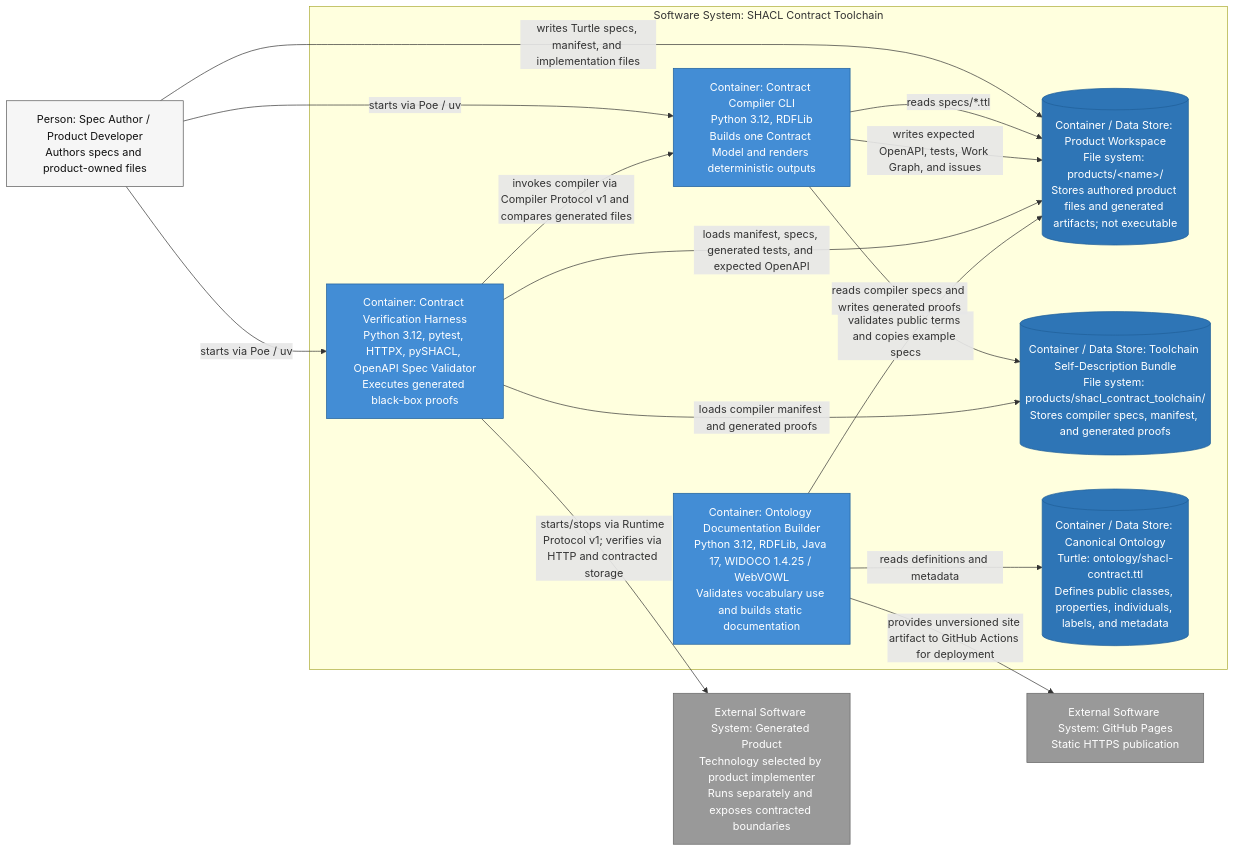
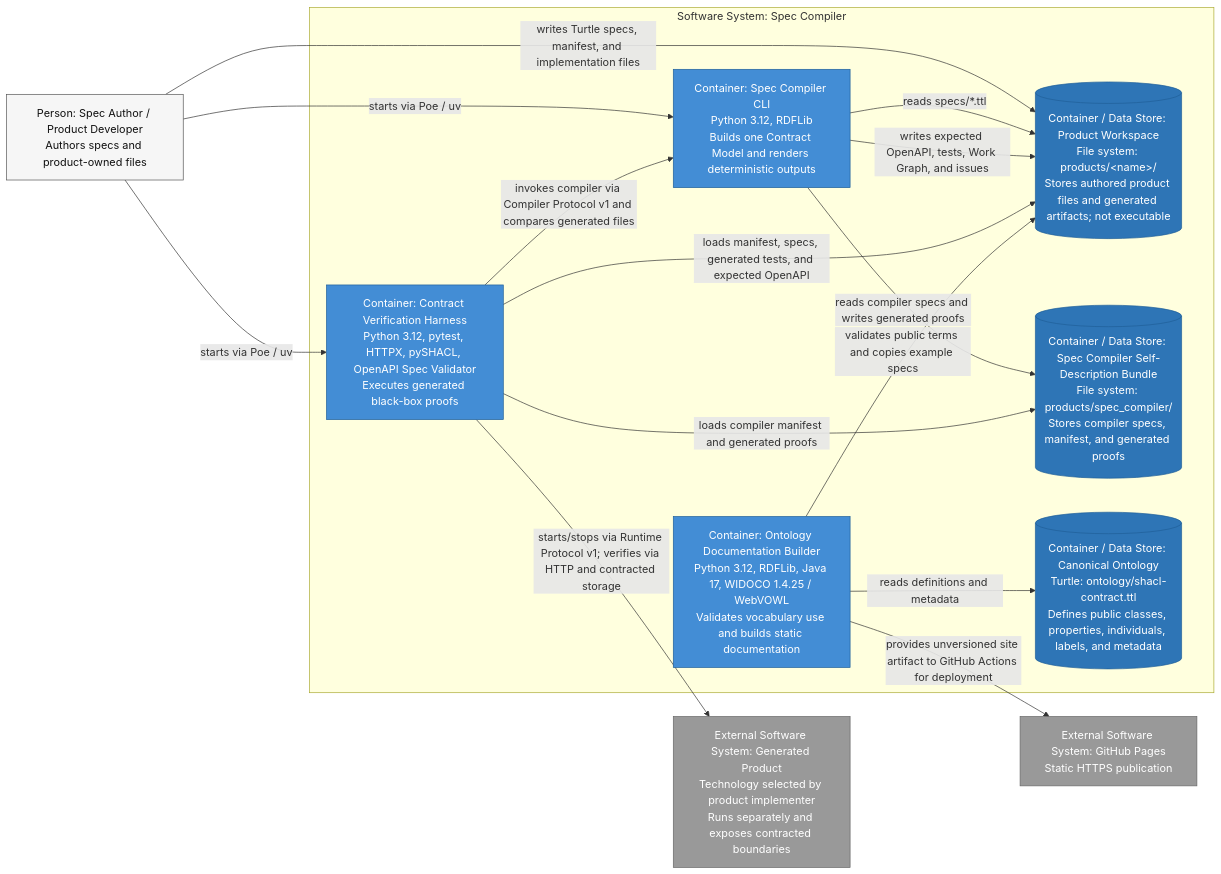
Before and after one commit to arturmiller/spec-compiler: the second of 5 diagrams in docs/architecture/c4.md, drawn with Mermaid. The commit also changed other lines of this file and 22 other files, not shown here.

Commit message:
Rename product to Spec Compiler

````diff
--- a/docs/architecture/c4.md
+++ b/docs/architecture/c4.md
@@ -70,39 +70,39 @@
 ```mermaid
 flowchart LR
     author["Person: Spec Author / Product Developer<br/>Authors specs and product-owned files"]
 
-    subgraph tool_boundary["Software System: SHACL Contract Toolchain"]
-        compiler["Container: Contract Compiler CLI<br/>Python 3.12, RDFLib<br/>Builds one Contract Model and renders deterministic outputs"]
+    subgraph tool_boundary["Software System: Spec Compiler"]
+        compiler["Container: Spec Compiler CLI<br/>Python 3.12, RDFLib<br/>Builds one Contract Model and renders deterministic outputs"]
         harness["Container: Contract Verification Harness<br/>Python 3.12, pytest, HTTPX, pySHACL, OpenAPI Spec Validator<br/>Executes generated black-box proofs"]
         docs_builder["Container: Ontology Documentation Builder<br/>Python 3.12, RDFLib, Java 17, WIDOCO 1.4.25 / WebVOWL<br/>Validates vocabulary use and builds static documentation"]
         workspace[("Container / Data Store: Product Workspace<br/>File system: products/&lt;name&gt;/<br/>Stores authored product files and generated artifacts; not executable")]
-        selfdesc[("Container / Data Store: Toolchain Self-Description Bundle<br/>File system: products/shacl_contract_toolchain/<br/>Stores compiler specs, manifest, and generated proofs")]
+        selfdesc[("Container / Data Store: Spec Compiler Self-Description Bundle<br/>File system: products/spec_compiler/<br/>Stores compiler specs, manifest, and generated proofs")]
         ontology[("Container / Data Store: Canonical Ontology<br/>Turtle: ontology/shacl-contract.ttl<br/>Defines public classes, properties, individuals, labels, and metadata")]
     end
 
     product["External Software System: Generated Product<br/>Technology selected by product implementer<br/>Runs separately and exposes contracted boundaries"]
     pages["External Software System: GitHub Pages<br/>Static HTTPS publication"]
 
     author -->|"writes Turtle specs, manifest, and implementation files"| workspace
     author -->|"starts via Poe / uv"| compiler
     author -->|"starts via Poe / uv"| harness
     compiler -->|"reads specs/*.ttl"| workspace
     compiler -->|"writes expected OpenAPI, tests, Work Graph, and issues"| workspace
     compiler -->|"reads compiler specs and writes generated proofs"| selfdesc
     harness -->|"loads manifest, specs, generated tests, and expected OpenAPI"| workspace
     harness -->|"starts/stops via Runtime Protocol v1; verifies via HTTP and contracted storage"| product
     harness -->|"invokes compiler via Compiler Protocol v1 and compares generated files"| compiler
     harness -->|"loads compiler manifest and generated proofs"| selfdesc
     docs_builder -->|"reads definitions and metadata"| ontology
     docs_builder -->|"validates public terms and copies example specs"| workspace
     docs_builder -->|"provides unversioned site artifact to GitHub Actions for deployment"| pages
 
     classDef person fill:#f6f6f6,stroke:#555,color:#111;
     classDef container fill:#438dd5,stroke:#1f5f99,color:#fff;
     classDef datastore fill:#2e75b6,stroke:#1f5f99,color:#fff;
     classDef external fill:#999,stroke:#666,color:#fff;
     class author person;
     class compiler,harness,docs_builder container;
     class workspace,selfdesc,ontology datastore;
     class product,pages external;
 ```
````
